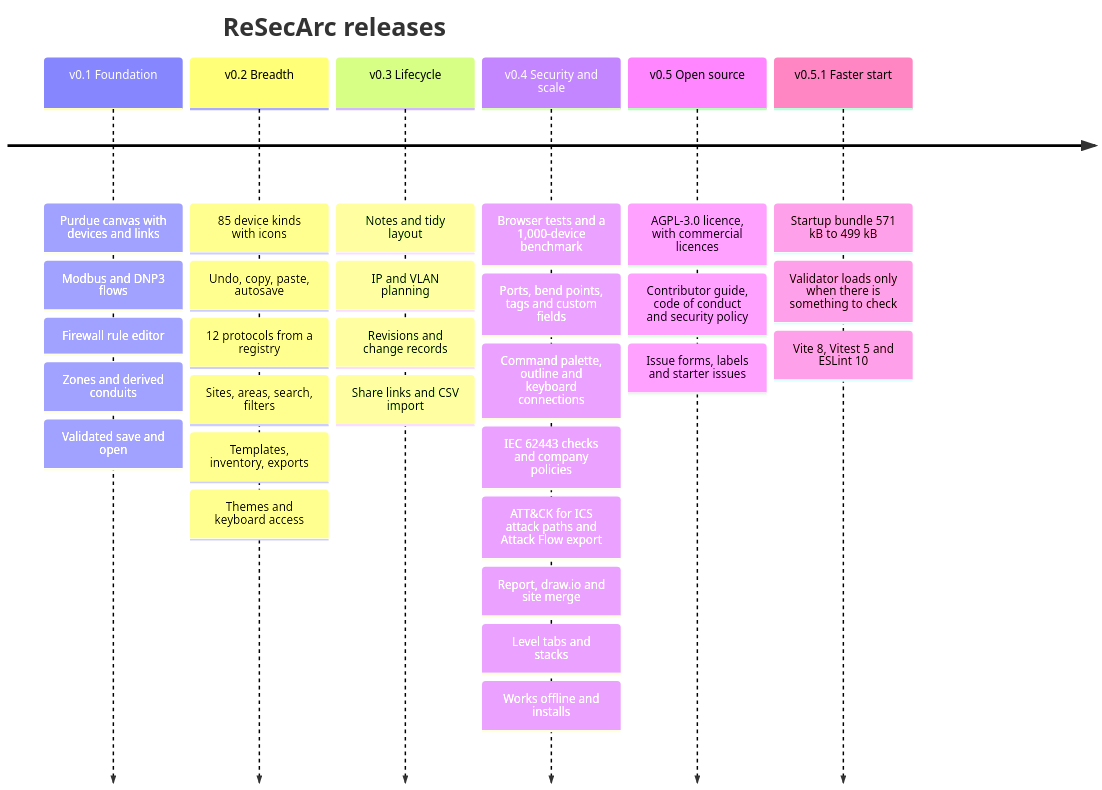
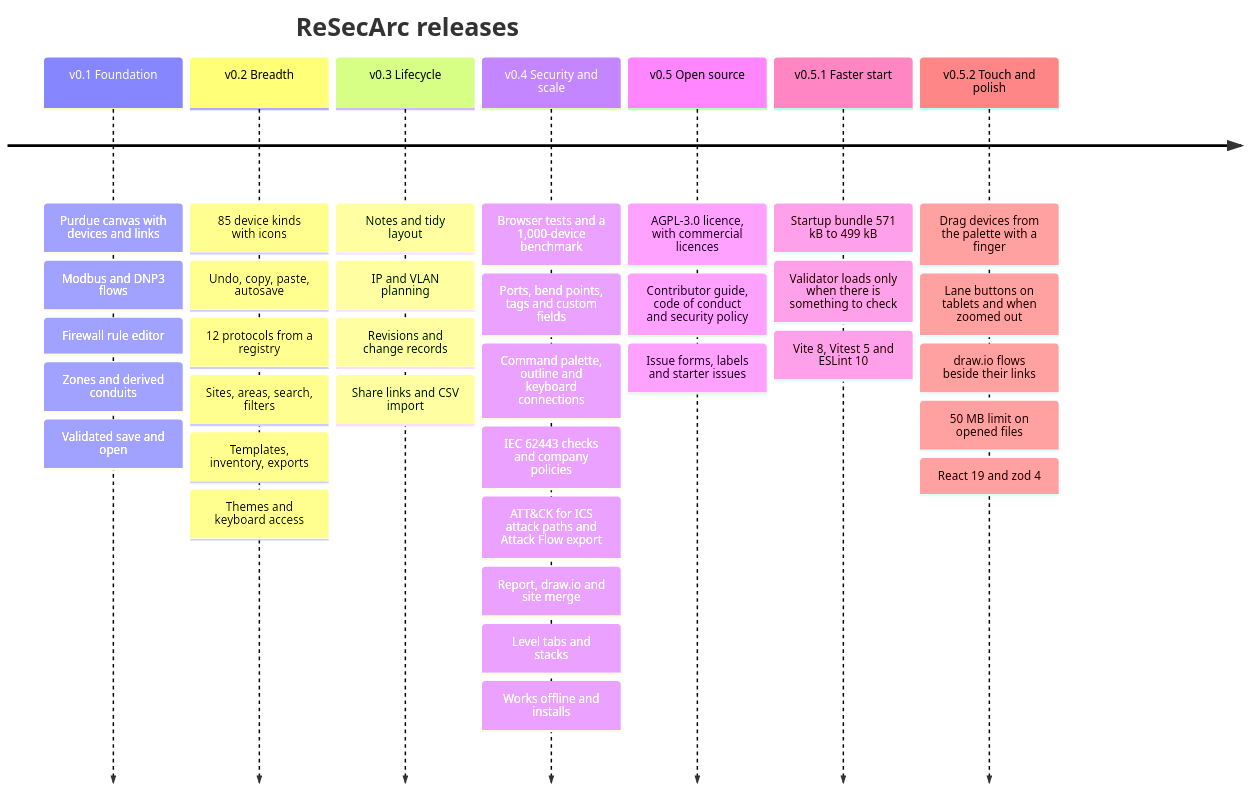
One commit to vijaykumargowdakk/ReSecArc changed diagram 32 of 32 in README.md. Above: the diagram before and after it, drawn with Mermaid. The commit also changed 5 other files, not shown here.

First line of the commit message:
Version 0.5.2 "Touch and polish"

````diff
--- a/README.md
+++ b/README.md
@@ -1439,10 +1439,11 @@
 ```mermaid
 timeline
     title ReSecArc releases
     v0.1 Foundation : Purdue canvas with devices and links : Modbus and DNP3 flows : Firewall rule editor : Zones and derived conduits : Validated save and open
     v0.2 Breadth : 85 device kinds with icons : Undo, copy, paste, autosave : 12 protocols from a registry : Sites, areas, search, filters : Templates, inventory, exports : Themes and keyboard access
     v0.3 Lifecycle : Notes and tidy layout : IP and VLAN planning : Revisions and change records : Share links and CSV import
     v0.4 Security and scale : Browser tests and a 1,000-device benchmark : Ports, bend points, tags and custom fields : Command palette, outline and keyboard connections : IEC 62443 checks and company policies : ATT&CK for ICS attack paths and Attack Flow export : Report, draw.io and site merge : Level tabs and stacks : Works offline and installs
     v0.5 Open source : AGPL-3.0 licence, with commercial licences : Contributor guide, code of conduct and security policy : Issue forms, labels and starter issues
     v0.5.1 Faster start : Startup bundle 571 kB to 499 kB : Validator loads only when there is something to check : Vite 8, Vitest 5 and ESLint 10
+    v0.5.2 Touch and polish : Drag devices from the palette with a finger : Lane buttons on tablets and when zoomed out : draw.io flows beside their links : 50 MB limit on opened files : React 19 and zod 4
 ```
````
